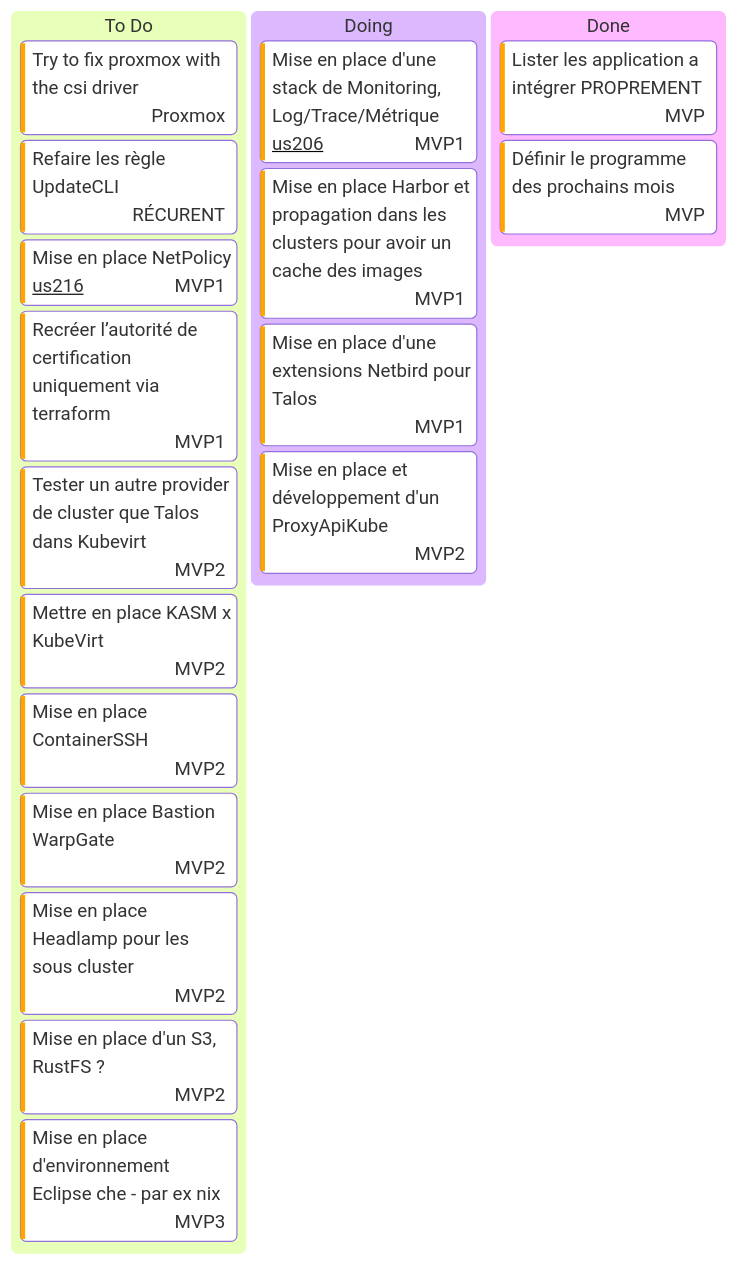
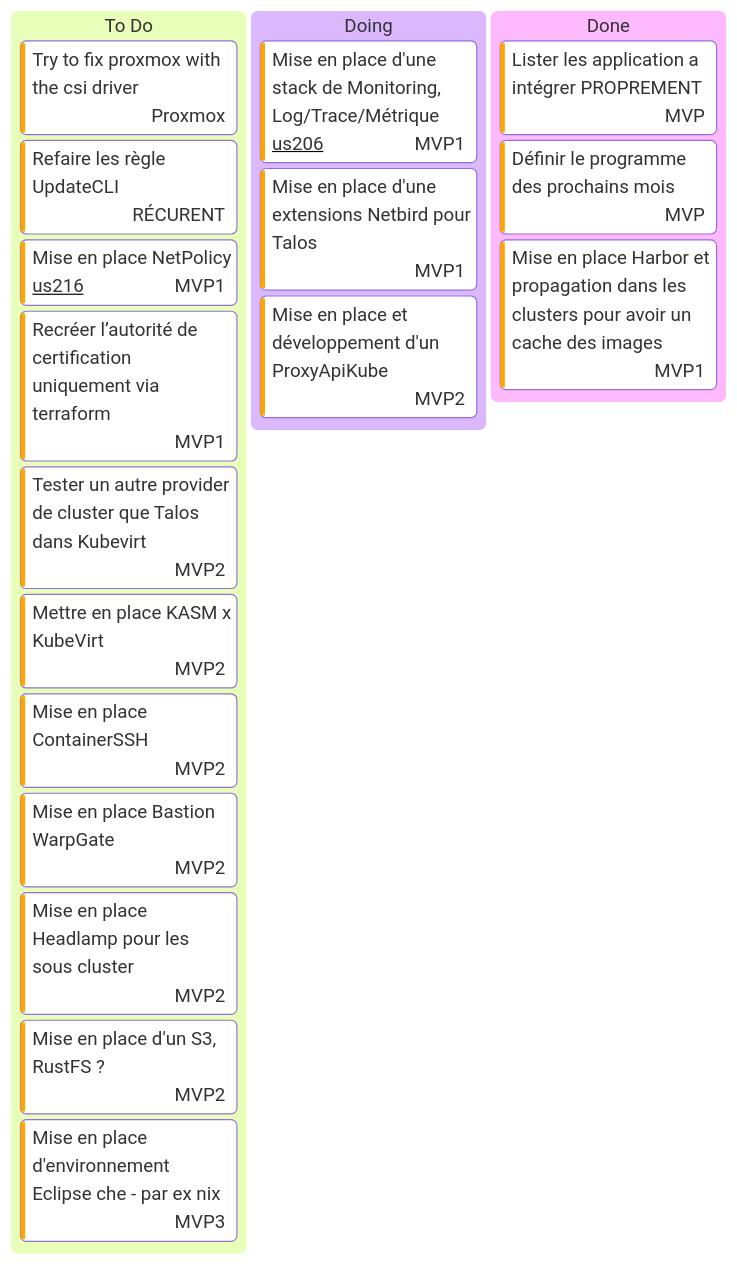
One commit to batleforc/weebo-si changed the diagram in 0.docs/0.introduction/kanban.md. Above: the diagram before and after it, drawn with Mermaid. The commit also changed other lines of this file and 2 other files, not shown here.

````diff
--- a/0.docs/0.introduction/kanban.md
+++ b/0.docs/0.introduction/kanban.md
@@ -3,29 +3,29 @@
 ```mermaid
 ---
 config:
   kanban:
     ticketBaseUrl: 'https://batleforc.github.io/weebo-si/0.us/#TICKET#'
 ---
 
 kanban
   todo[To Do]
     us203[Try to fix proxmox with the csi driver]@{ assigned: Proxmox, priority: 'High'}
     us204[Refaire les règle UpdateCLI]@{ assigned: RÉCURENT, priority: 'High'}
     us216[Mise en place NetPolicy]@{ assigned: MVP1, priority: 'High', ticket: 'us216'}
     us205[Recréer l’autorité de certification uniquement via terraform]@{ assigned: MVP1, priority: 'High'}
     us210[Tester un autre provider de cluster que Talos dans Kubevirt]@{ assigned: MVP2, priority: 'High'}
     us211[Mettre en place KASM x KubeVirt]@{ assigned: MVP2, priority: 'High'}
     us212[Mise en place ContainerSSH]@{ assigned: MVP2, priority: 'High'}
     us213[Mise en place Bastion WarpGate]@{ assigned: MVP2, priority: 'High'}
     us214[Mise en place Headlamp pour les sous cluster]@{ assigned: MVP2, priority: 'High'}
     us215[Mise en place d'un S3, RustFS ?]@{ assigned: MVP2, priority: 'High'}
     us217[Mise en place d'environnement Eclipse che - par ex nix]@{ assigned: MVP3, priority: 'High'}
   doing[Doing]
     us206[Mise en place d'une stack de Monitoring, Log/Trace/Métrique]@{ assigned: MVP1, priority: 'High', ticket: 'us206'}
-    us207[Mise en place Harbor et propagation dans les clusters pour avoir un cache des images]@{ assigned: MVP1, priority: 'High'}
     us208[Mise en place d'une extensions Netbird pour Talos]@{ assigned: MVP1, priority: 'High'}
     us209[Mise en place et développement d'un ProxyApiKube]@{ assigned: MVP2, priority: 'High'}
   done[Done]
     us201[Lister les application a intégrer PROPREMENT]@{ assigned: MVP, priority: 'High'}
     us202[Définir le programme des prochains mois]@{ assigned: MVP, priority: 'High'}
+    us207[Mise en place Harbor et propagation dans les clusters pour avoir un cache des images]@{ assigned: MVP1, priority: 'High'}
 ```
````
